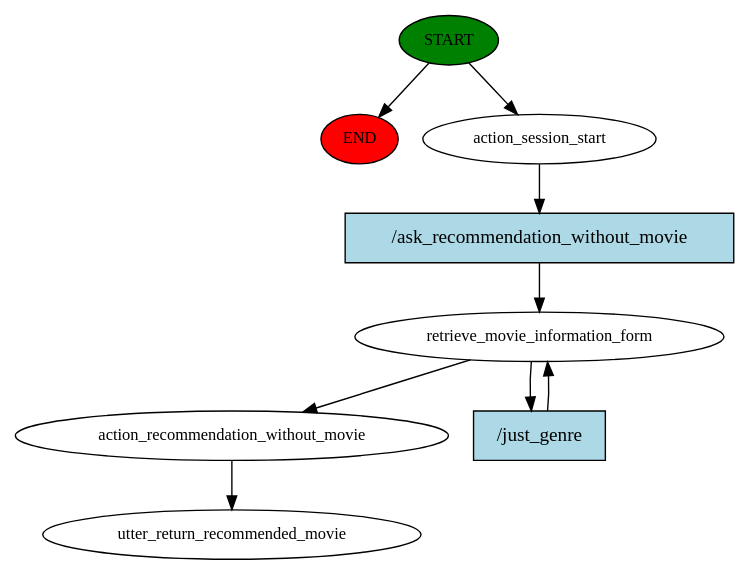
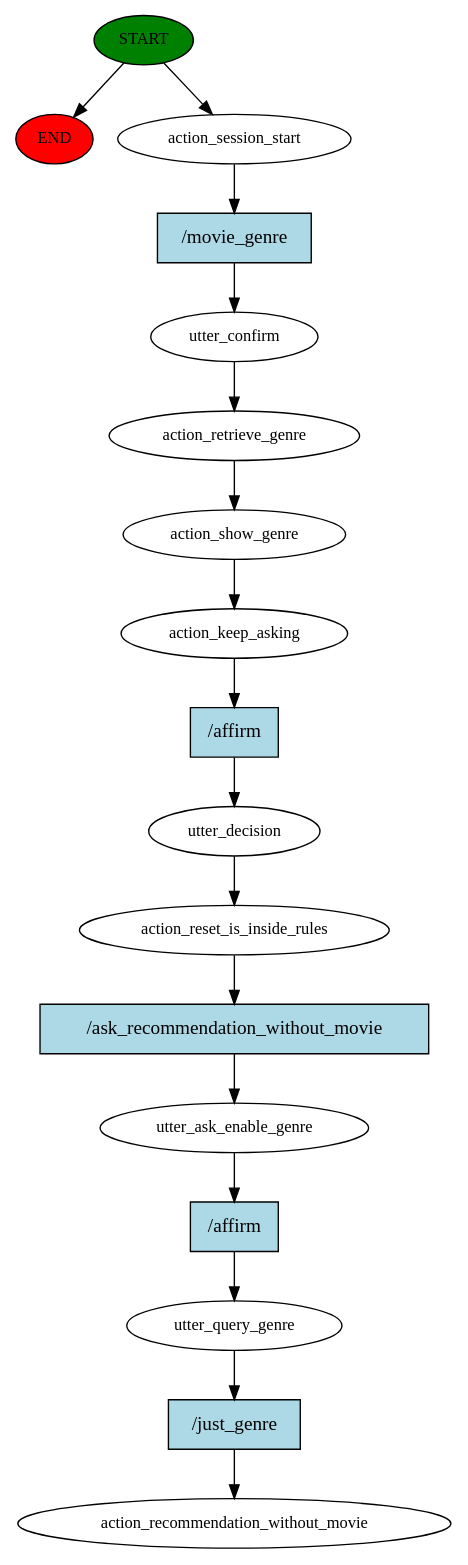
The diagram in story_graph.dot (Bru0x11/Human_Machine_Dialogue-Rasa), drawn with Graphviz before and after one commit. The commit also changed 423 other files, not shown here.

```diff
--- a/story_graph.dot
+++ b/story_graph.dot
@@ -1,18 +1,35 @@
 digraph  {
 0 [class="start active", fillcolor=green, fontsize=12, label=START, style=filled];
 "-1" [class=end, fillcolor=red, fontsize=12, label=END, style=filled];
 1 [class=active, fontsize=12, label=action_session_start];
-2 [class=active, fontsize=12, label=retrieve_movie_information_form];
-4 [class=active, fontsize=12, label=action_recommendation_without_movie];
-5 [class="dashed active", fontsize=12, label=utter_return_recommended_movie];
-6 [class="intent active", fillcolor=lightblue, label="/ask_recommendation_without_movie", shape=rect, style=filled];
-7 [class="intent active", fillcolor=lightblue, label="/just_genre", shape=rect, style=filled];
+2 [class=active, fontsize=12, label=utter_confirm];
+3 [class=active, fontsize=12, label=action_retrieve_genre];
+4 [class=active, fontsize=12, label=action_show_genre];
+5 [class=active, fontsize=12, label=action_keep_asking];
+6 [class=active, fontsize=12, label=utter_decision];
+7 [class=active, fontsize=12, label=action_reset_is_inside_rules];
+8 [class=active, fontsize=12, label=utter_ask_enable_genre];
+9 [class=active, fontsize=12, label=utter_query_genre];
+10 [class="dashed active", fontsize=12, label=action_recommendation_without_movie];
+11 [class="intent active", fillcolor=lightblue, label="/movie_genre", shape=rect, style=filled];
+12 [class="intent active", fillcolor=lightblue, label="/affirm", shape=rect, style=filled];
+13 [class="intent active", fillcolor=lightblue, label="/ask_recommendation_without_movie", shape=rect, style=filled];
+14 [class="intent active", fillcolor=lightblue, label="/affirm", shape=rect, style=filled];
+15 [class="intent active", fillcolor=lightblue, label="/just_genre", shape=rect, style=filled];
 0 -> "-1"  [class="", key=NONE, label=""];
 0 -> 1  [class=active, key=NONE, label=""];
-1 -> 6  [class=active, key=0];
-2 -> 4  [class=active, key=NONE, label=""];
-2 -> 7  [class=active, key=0];
+1 -> 11  [class=active, key=0];
+2 -> 3  [class=active, key=NONE, label=""];
+3 -> 4  [class=active, key=NONE, label=""];
 4 -> 5  [class=active, key=NONE, label=""];
-6 -> 2  [class=active, key=0];
-7 -> 2  [class=active, key=0];
+5 -> 12  [class=active, key=0];
+6 -> 7  [class=active, key=NONE, label=""];
+7 -> 13  [class=active, key=0];
+8 -> 14  [class=active, key=0];
+9 -> 15  [class=active, key=0];
+11 -> 2  [class=active, key=0];
+12 -> 6  [class=active, key=0];
+13 -> 8  [class=active, key=0];
+14 -> 9  [class=active, key=0];
+15 -> 10  [class=active, key=0];
 }
```
